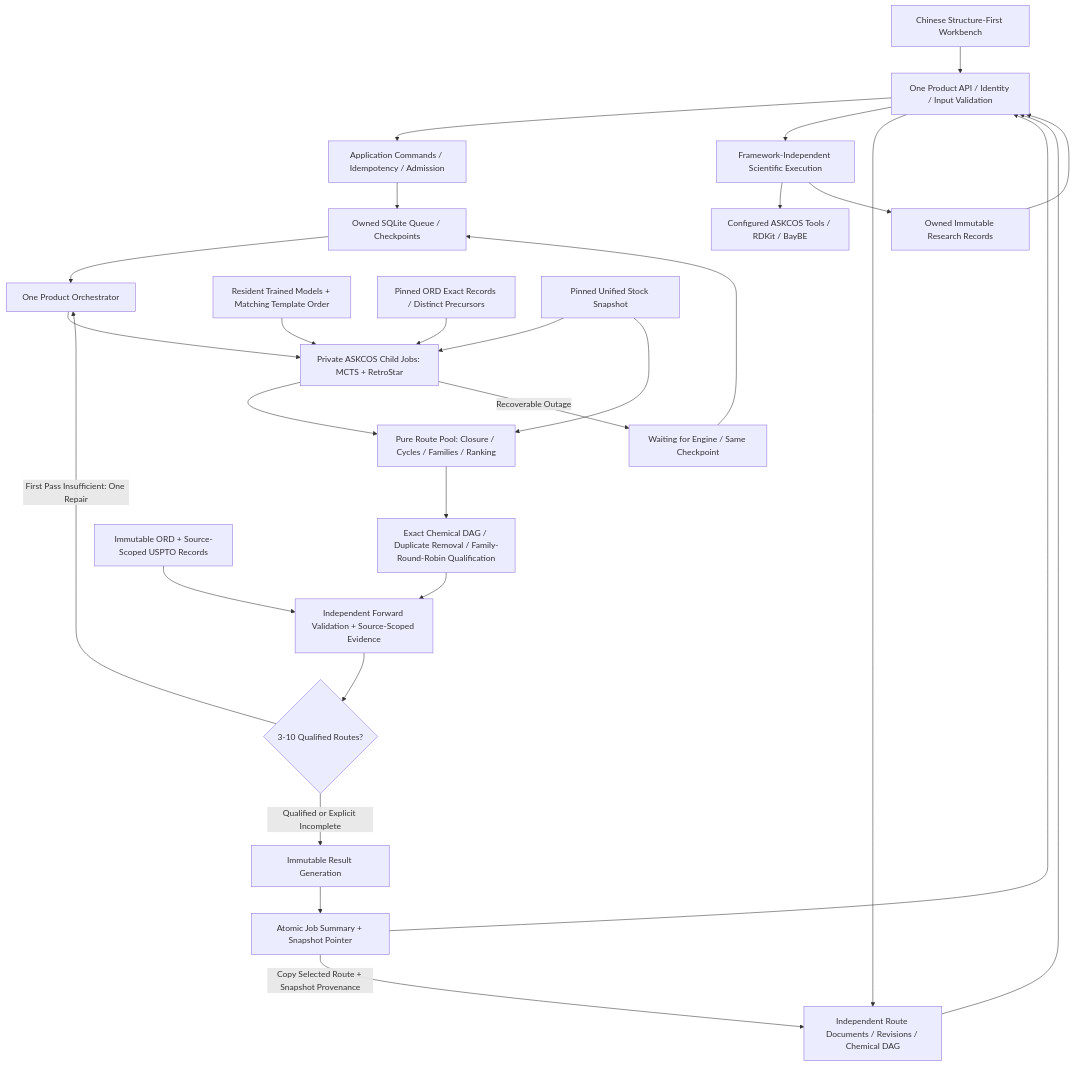
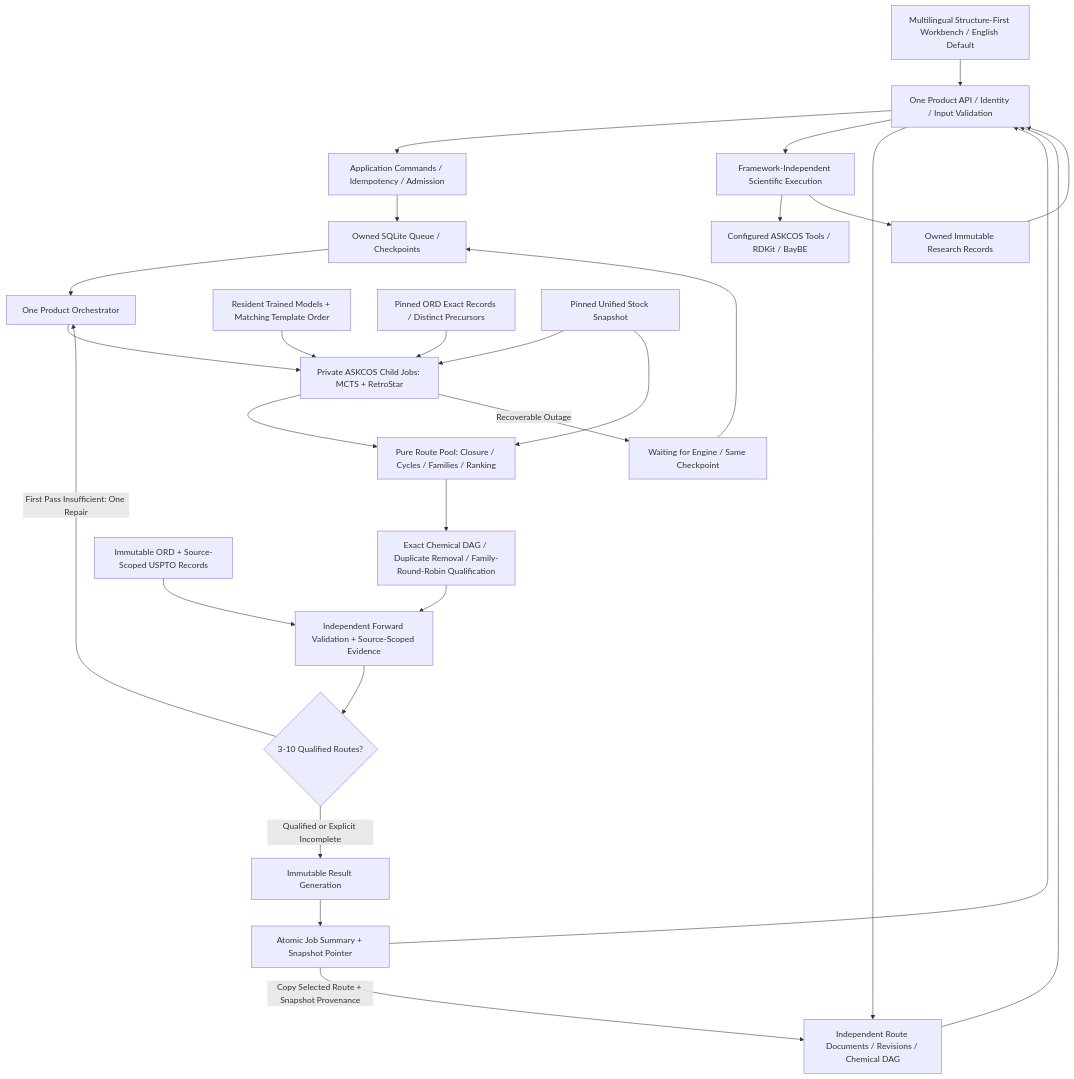
The diagram in docs/current-architecture.md (Victor-Xu-1/X-Synth), drawn with Mermaid before and after one commit. The commit also changed other lines of this file and 222 other files, not shown here.

First line of the commit message:
feat(web): add English-default bilingual workspaces (#62)

````diff
--- a/docs/current-architecture.md
+++ b/docs/current-architecture.md
@@ -11,30 +11,30 @@
 ```mermaid
 flowchart TD
-  UI["Chinese Structure-First Workbench"] --> API["One Product API / Identity / Input Validation"]
+  UI["Multilingual Structure-First Workbench / English Default"] --> API["One Product API / Identity / Input Validation"]
   API --> CMD["Application Commands / Idempotency / Admission"]
   CMD --> JOB["Owned SQLite Queue / Checkpoints"]
   JOB --> RUN["One Product Orchestrator"]
   RUN --> SEARCH["Private ASKCOS Child Jobs: MCTS + RetroStar"]
   MODELS["Resident Trained Models + Matching Template Order"] --> SEARCH
   ORD["Pinned ORD Exact Records / Distinct Precursors"] --> SEARCH
   STOCK["Pinned Unified Stock Snapshot"] --> SEARCH
   SEARCH --> POOL["Pure Route Pool: Closure / Cycles / Families / Ranking"]
   STOCK --> POOL
   POOL --> QUEUE["Exact Chemical DAG / Duplicate Removal / Family-Round-Robin Qualification"]
   QUEUE --> REVIEW["Independent Forward Validation + Source-Scoped Evidence"]
   REFERENCES["Immutable ORD + Source-Scoped USPTO Records"] --> REVIEW
   REVIEW --> GATE{"3-10 Qualified Routes?"}
   GATE -- "First Pass Insufficient: One Repair" --> RUN
   GATE -- "Qualified or Explicit Incomplete" --> SEAL["Immutable Result Generation"]
   SEAL --> COMMIT["Atomic Job Summary + Snapshot Pointer"]
   COMMIT --> API
   SEARCH -- "Recoverable Outage" --> WAIT["Waiting for Engine / Same Checkpoint"]
   WAIT --> JOB
   API --> ANALYSIS["Framework-Independent Scientific Execution"]
   ANALYSIS --> TOOLS["Configured ASKCOS Tools / RDKit / BayBE"]
   ANALYSIS --> RECORDS["Owned Immutable Research Records"]
   RECORDS --> API
   API --> DOC["Independent Route Documents / Revisions / Chemical DAG"]
   COMMIT -- "Copy Selected Route + Snapshot Provenance" --> DOC
   DOC --> API
 ```
````
